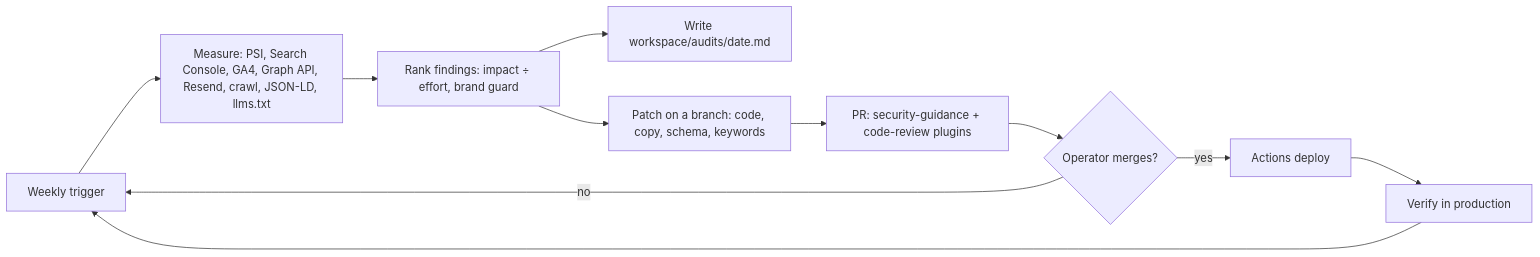
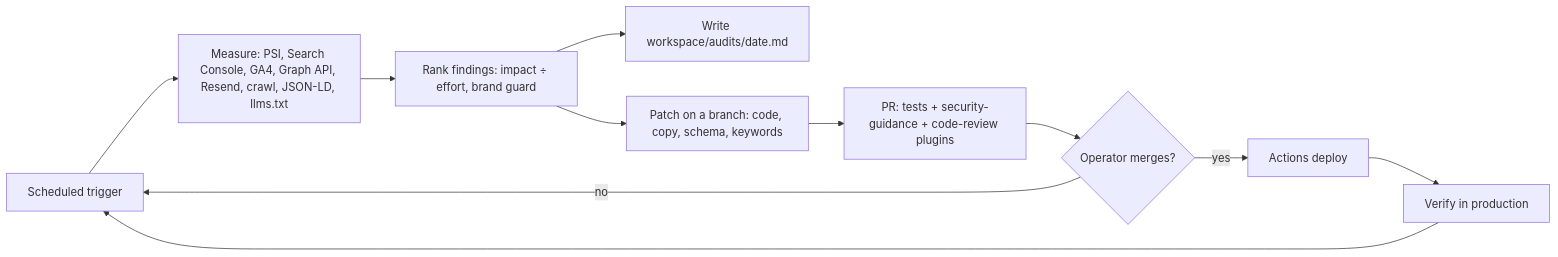
One commit to AbdulrahmanAmer/matter-of-place changed the third of 4 diagrams in workspace/03-diagrams/big-diagram.md. Above: the diagram before and after it, drawn with Mermaid. The commit also changed other lines of this file and 18 other files, not shown here.

First line of the commit message:
Approved stack, Q1-Q12 settled, stage 3, extension paths, admin OS and roadmap diagrams

````diff
--- a/workspace/03-diagrams/big-diagram.md
+++ b/workspace/03-diagrams/big-diagram.md
@@ -127,11 +137,11 @@
 ```mermaid
 flowchart LR
-  t[Weekly trigger] --> m[Measure: PSI, Search Console, GA4, Graph API, Resend, crawl, JSON-LD, llms.txt]
+  t[Scheduled trigger] --> m[Measure: PSI, Search Console, GA4, Graph API, Resend, crawl, JSON-LD, llms.txt]
   m --> r[Rank findings: impact ÷ effort, brand guard]
   r --> w[Write workspace/audits/date.md]
   r --> p[Patch on a branch: code, copy, schema, keywords]
-  p --> pr[PR: security-guidance + code-review plugins]
+  p --> pr[PR: tests + security-guidance + code-review plugins]
   pr --> h{Operator merges?}
   h -->|yes| d[Actions deploy] --> v[Verify in production] --> t
   h -->|no| t
 ```
````
